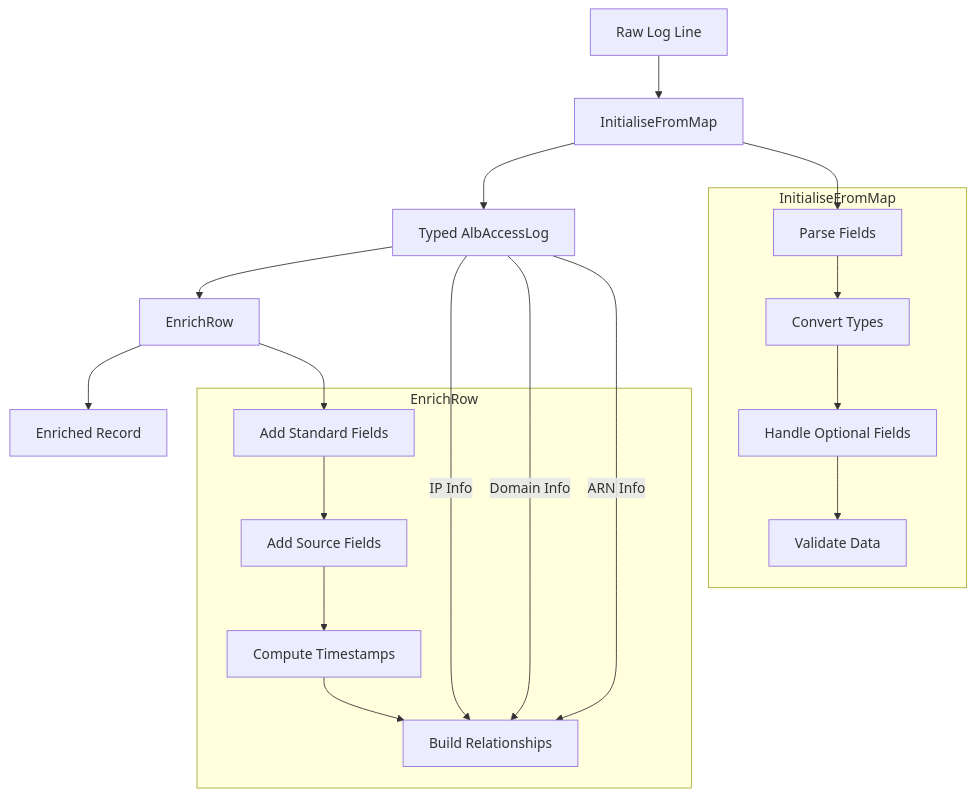
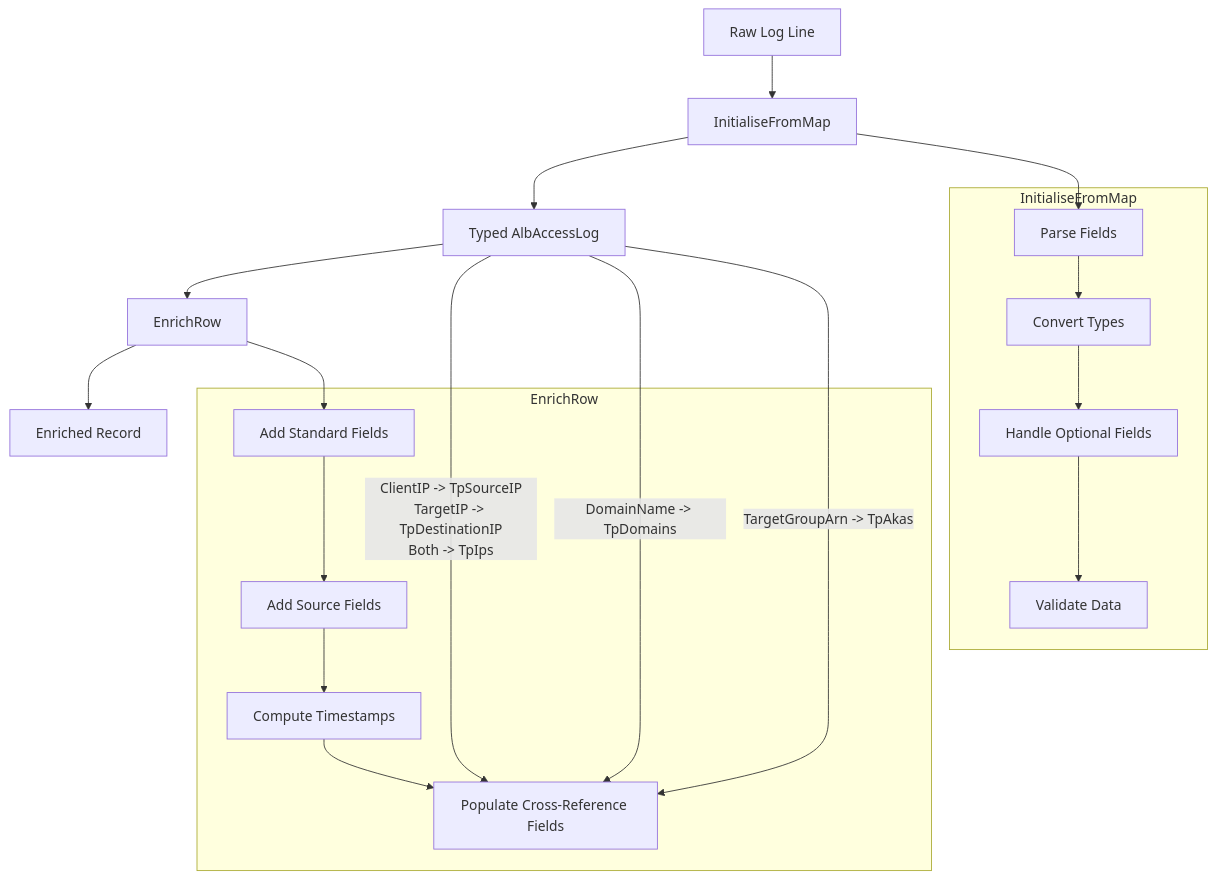
One commit to turbot/tailpipe-plugin-aws changed the second of 2 diagrams in test/alb_architecture.md. Above: the diagram before and after it, drawn with Mermaid. The commit also changed other lines of this file, not shown here.

Commit message:
update enrichment flow

````diff
--- a/test/alb_architecture.md
+++ b/test/alb_architecture.md
@@ -81,29 +87,29 @@
 ```mermaid
 graph TD
     A[Raw Log Line] --> B[InitialiseFromMap]
     B --> C[Typed AlbAccessLog]
     C --> D[EnrichRow]
     D --> E[Enriched Record]
     
     subgraph "InitialiseFromMap"
         P1[Parse Fields]
         P2[Convert Types]
         P3[Handle Optional Fields]
         P4[Validate Data]
     end
     
     subgraph "EnrichRow"
         E1[Add Standard Fields]
         E2[Add Source Fields]
         E3[Compute Timestamps]
-        E4[Build Relationships]
+        E4[Populate Cross-Reference Fields]
     end
 
     B --> P1 --> P2 --> P3 --> P4
     D --> E1 --> E2 --> E3 --> E4
     
-    %% Show what feeds into relationships
-    C -- IP Info --> E4
-    C -- Domain Info --> E4
-    C -- ARN Info --> E4
+    %% Show specific field mappings
+    C -- ClientIP -> TpSourceIP\nTargetIP -> TpDestinationIP\nBoth -> TpIps --> E4
+    C -- DomainName -> TpDomains --> E4
+    C -- TargetGroupArn -> TpAkas --> E4
 ```
````
